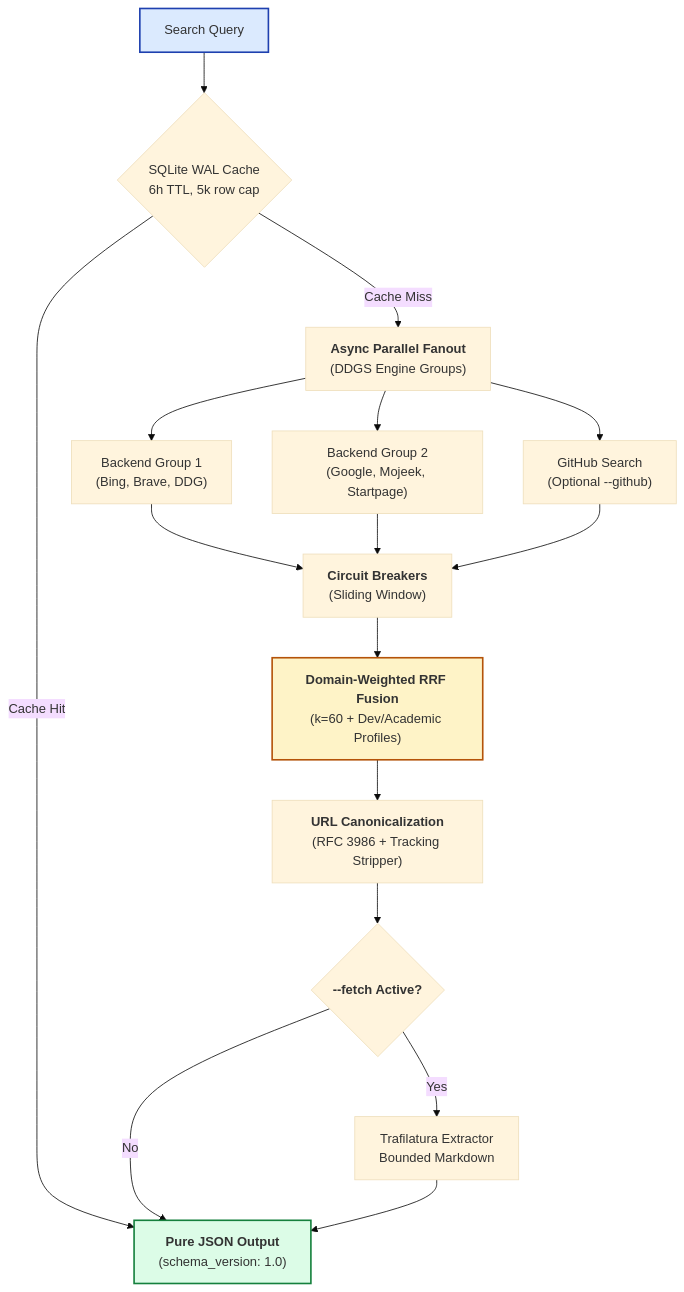
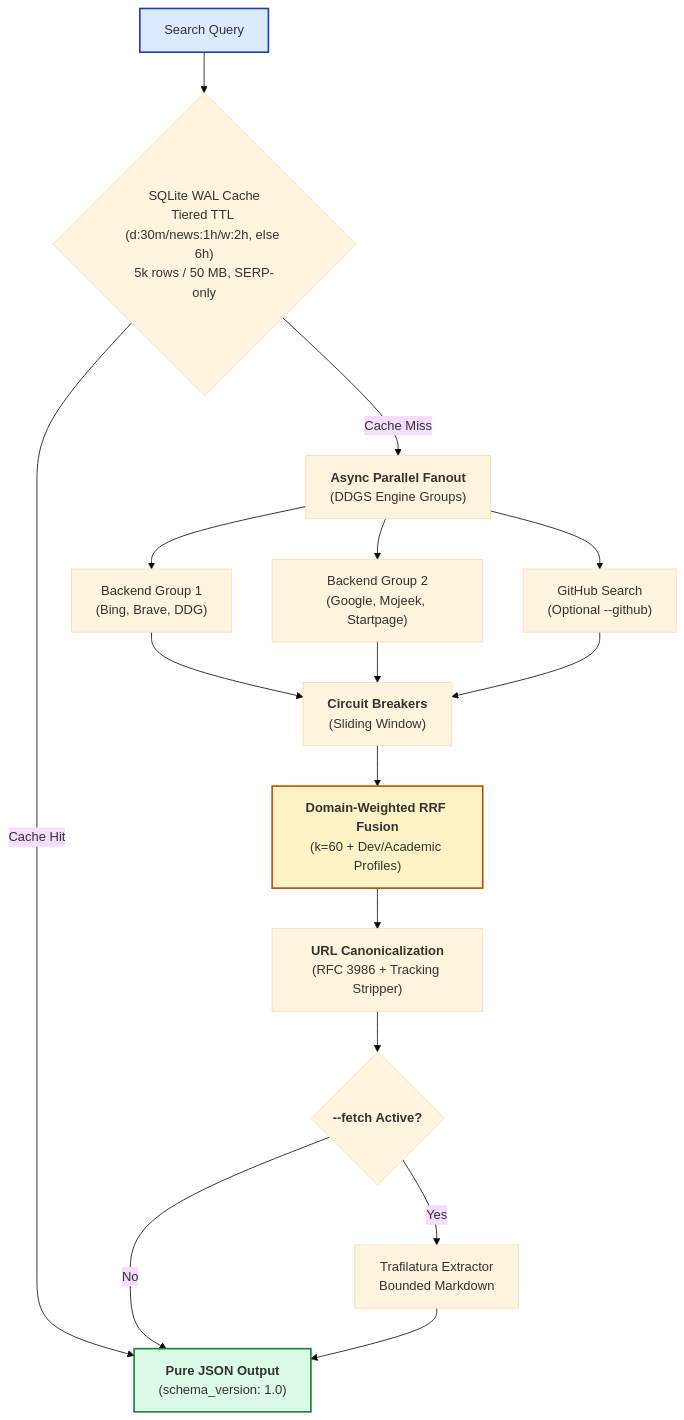
The diagram in README.md (Alih-b/Josty), drawn with Mermaid (base theme) before and after one commit. The commit also changed 11 other files, not shown here.

Commit message:
fix: cache SERPs with byte budget; add run_at and TTL floors (#31, #32)

````diff
--- a/README.md
+++ b/README.md
@@ -175,30 +175,30 @@
 ```mermaid
 graph TD
-    Query["Search Query"] --> Cache{"SQLite WAL Cache<br/>6h TTL, 5k row cap"}
+    Query["Search Query"] --> Cache{"SQLite WAL Cache<br/>Tiered TTL (d:30m/news:1h/w:2h, else 6h)<br/>5k rows / 50 MB, SERP-only"}
     
     Cache -- Cache Hit --> Out["<b>Pure JSON Output</b><br/>(schema_version: 1.0)"]
     
     Cache -- Cache Miss --> Fanout["<b>Async Parallel Fanout</b><br/>(DDGS Engine Groups)"]
     
     Fanout --> B1["Backend Group 1<br/>(Bing, Brave, DDG)"]
     Fanout --> B2["Backend Group 2<br/>(Google, Mojeek, Startpage)"]
     Fanout --> GH["GitHub Search<br/>(Optional --github)"]
     
     B1 --> Circuit["<b>Circuit Breakers</b><br/>(Sliding Window)"]
     B2 --> Circuit
     GH --> Circuit
     
     Circuit --> RRF["<b>Domain-Weighted RRF Fusion</b><br/>(k=60 + Dev/Academic Profiles)"]
     
     RRF --> Canon["<b>URL Canonicalization</b><br/>(RFC 3986 + Tracking Stripper)"]
     
     Canon --> Fetch{"<b>--fetch Active?</b>"}
     
     Fetch -- Yes --> Traf["Trafilatura Extractor<br/>Bounded Markdown"]
     Fetch -- No --> Out
     Traf --> Out
 
     style Query fill:#dbeafe,stroke:#1e40af,stroke-width:2px;
     style Out fill:#dcfce7,stroke:#15803d,stroke-width:2px;
     style RRF fill:#fef3c7,stroke:#b45309,stroke-width:2px;
 ```
````
